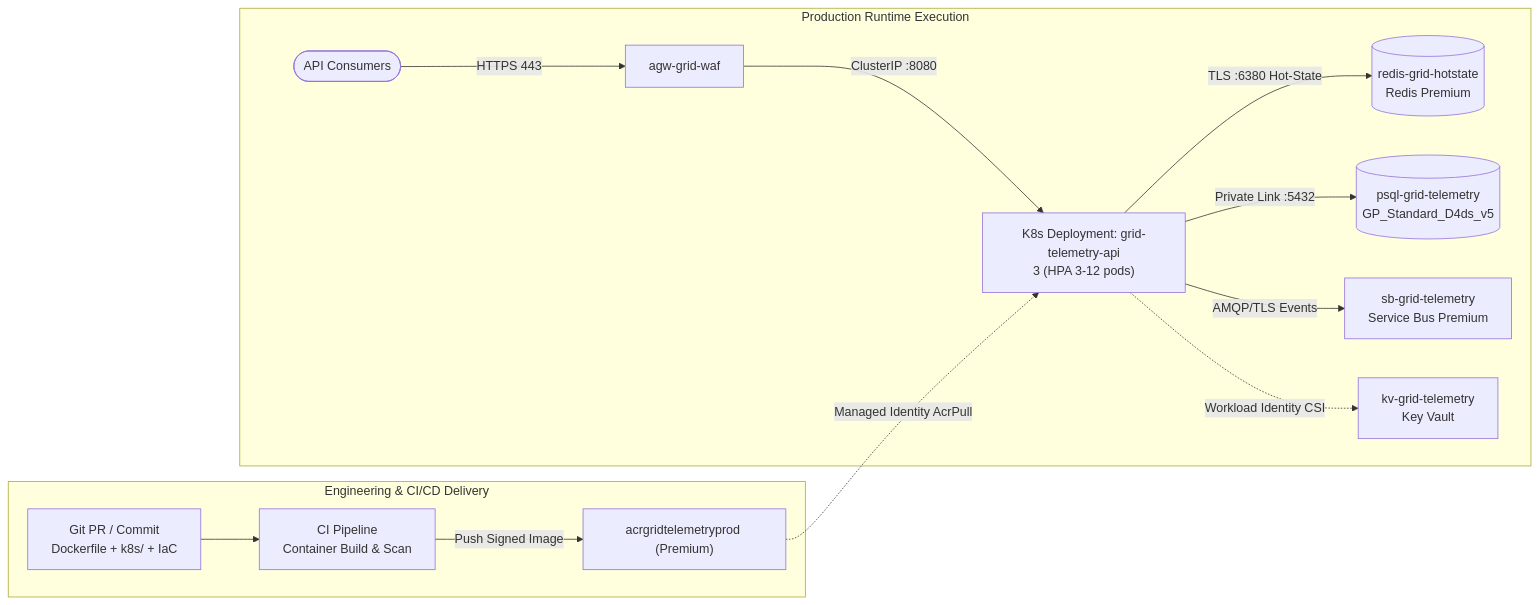
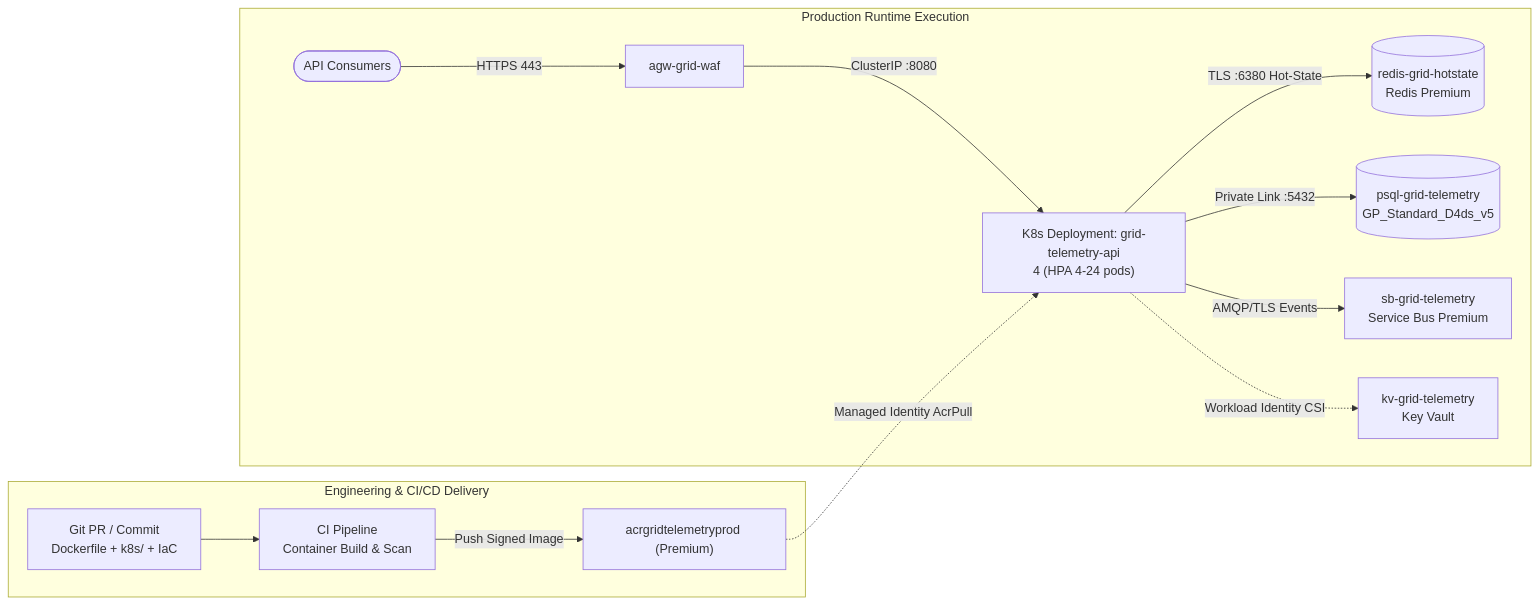
Before and after one commit to gitpavleenbali/dac-workload-modernization: the diagram in docs/architecture.md, drawn with Mermaid. The commit also changed other lines of this file and 11 other files, not shown here.

Commit message:
feat(scale,api): upgrade AKS to K8s 1.32 / D16ds_v5 (4-20), HPA 4-24, SB 2 MU, and /v1/dispatch/curtailment

````diff
--- a/docs/architecture.md
+++ b/docs/architecture.md
@@ -6,24 +6,24 @@
 ```mermaid
 flowchart LR
   subgraph sg_cicd["Engineering & CI/CD Delivery"]
     dev_commit["Git PR / Commit<br/>Dockerfile + k8s/ + IaC"]
     ci_build["CI Pipeline<br/>Container Build & Scan"]
     acr_reg["acrgridtelemetryprod (Premium)"]
     dev_commit --> ci_build -->|"Push Signed Image"| acr_reg
   end
   subgraph sg_runtime["Production Runtime Execution"]
     api_caller(["API Consumers"])
     rt_ingress["agw-grid-waf"]
-    rt_compute["K8s Deployment: grid-telemetry-api<br/>3 (HPA 3-12 pods)"]
+    rt_compute["K8s Deployment: grid-telemetry-api<br/>4 (HPA 4-24 pods)"]
     api_caller -->|"HTTPS 443"| rt_ingress -->|"ClusterIP :8080"| rt_compute
     acr_reg -.->|"Managed Identity AcrPull"| rt_compute
     rt_redis[("redis-grid-hotstate<br/>Redis Premium")]
     rt_compute -->|"TLS :6380 Hot-State"| rt_redis
     rt_db[("psql-grid-telemetry<br/>GP_Standard_D4ds_v5")]
     rt_compute -->|"Private Link :5432"| rt_db
     rt_sb["sb-grid-telemetry<br/>Service Bus Premium"]
     rt_compute -->|"AMQP/TLS Events"| rt_sb
     rt_kv["kv-grid-telemetry<br/>Key Vault"]
     rt_compute -.->|"Workload Identity CSI"| rt_kv
   end
 ```
````
